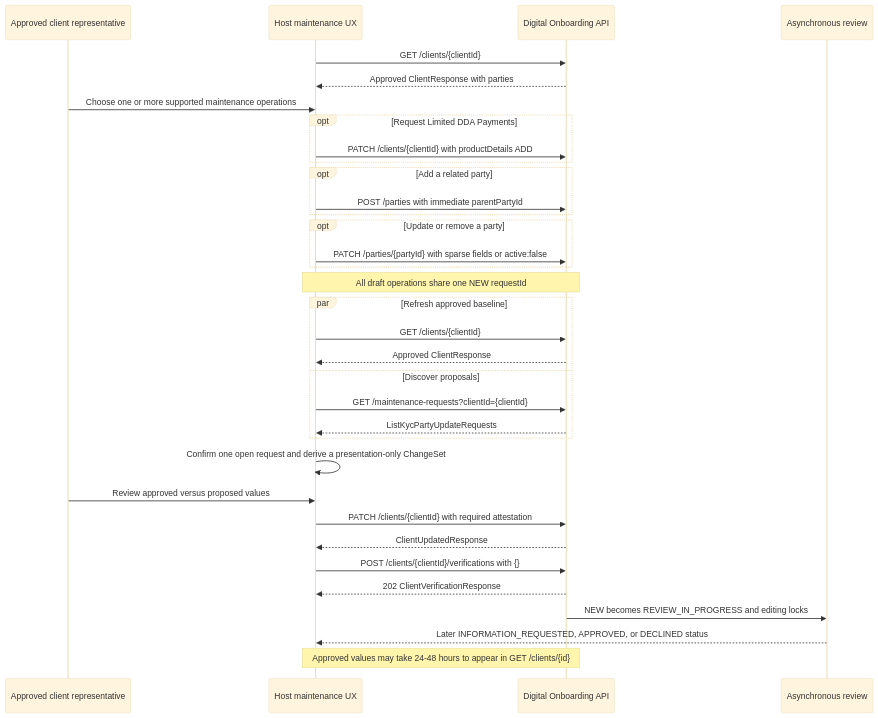
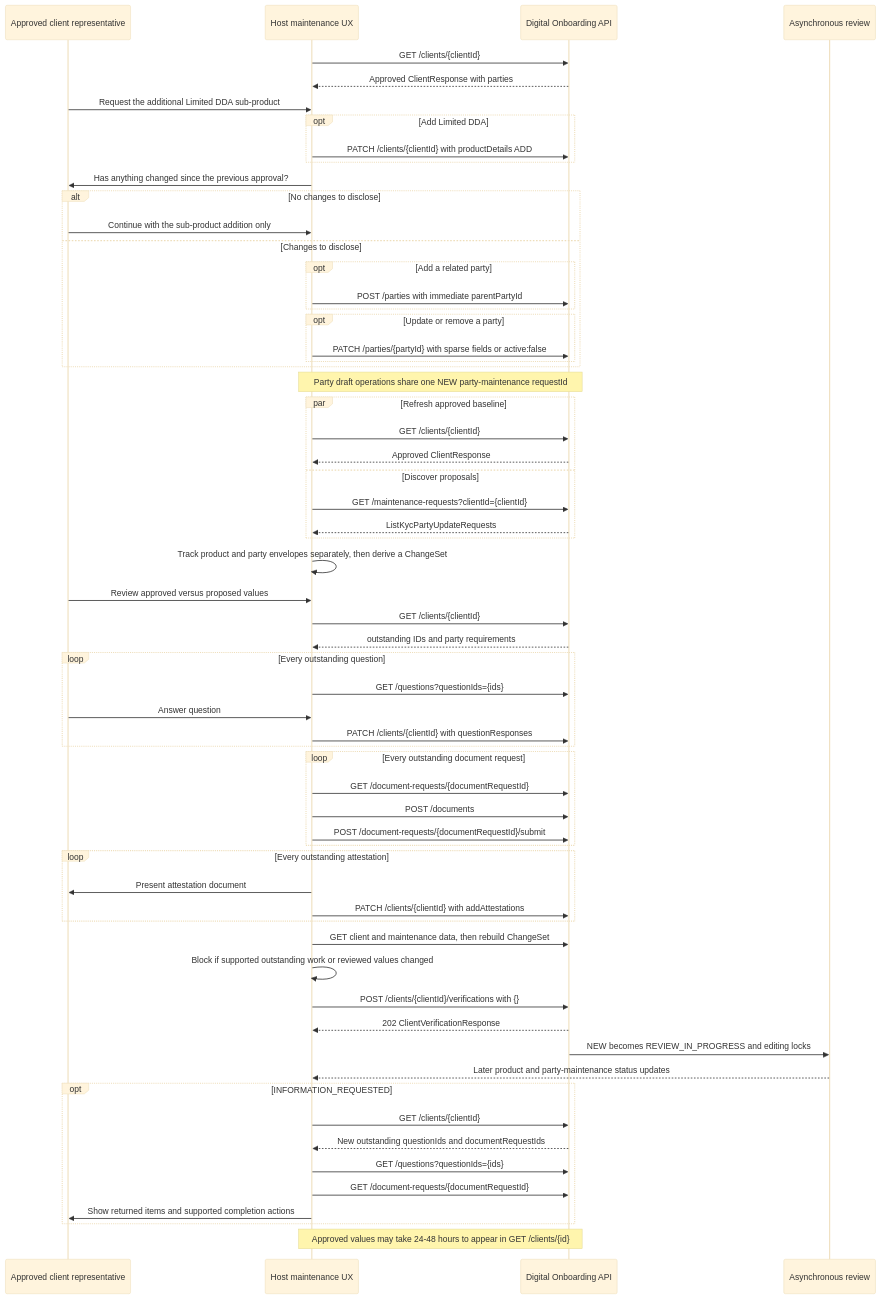
The diagram in embedded-components/docs/APPROVED_CLIENT_MAINTENANCE_RECIPE.md (jpmorgan-payments/embedded-finance), drawn with Mermaid (base theme) before and after one commit. The commit also changed other lines of this file and 19 other files, not shown here.

First line of the commit message:
feat: expand approved client maintenance lifecycle and guidance

````diff
--- a/embedded-components/docs/APPROVED_CLIENT_MAINTENANCE_RECIPE.md
+++ b/embedded-components/docs/APPROVED_CLIENT_MAINTENANCE_RECIPE.md
@@ -87,37 +103,65 @@
 ```mermaid
 sequenceDiagram
     participant U as Approved client representative
     participant UX as Host maintenance UX
     participant API as Digital Onboarding API
     participant JPMC as Asynchronous review
 
     UX->>API: GET /clients/{clientId}
     API-->>UX: Approved ClientResponse with parties
-    U->>UX: Choose one or more supported maintenance operations
-    opt Request Limited DDA Payments
+    U->>UX: Request the additional Limited DDA sub-product
+    opt Add Limited DDA
       UX->>API: PATCH /clients/{clientId} with productDetails ADD
     end
-    opt Add a related party
-      UX->>API: POST /parties with immediate parentPartyId
+    UX->>U: Has anything changed since the previous approval?
+    alt No changes to disclose
+      U->>UX: Continue with the sub-product addition only
+    else Changes to disclose
+      opt Add a related party
+        UX->>API: POST /parties with immediate parentPartyId
+      end
+      opt Update or remove a party
+        UX->>API: PATCH /parties/{partyId} with sparse fields or active:false
+      end
     end
-    opt Update or remove a party
-      UX->>API: PATCH /parties/{partyId} with sparse fields or active:false
-    end
-    Note over UX,API: All draft operations share one NEW requestId
+    Note over UX,API: Party draft operations share one NEW party-maintenance requestId
     par Refresh approved baseline
         UX->>API: GET /clients/{clientId}
         API-->>UX: Approved ClientResponse
     and Discover proposals
         UX->>API: GET /maintenance-requests?clientId={clientId}
         API-->>UX: ListKycPartyUpdateRequests
     end
-    UX->>UX: Confirm one open request and derive a presentation-only ChangeSet
+    UX->>UX: Track product and party envelopes separately, then derive a ChangeSet
     U->>UX: Review approved versus proposed values
-    UX->>API: PATCH /clients/{clientId} with required attestation
-    API-->>UX: ClientUpdatedResponse
+    UX->>API: GET /clients/{clientId}
+    API-->>UX: outstanding IDs and party requirements
+    loop Every outstanding question
+      UX->>API: GET /questions?questionIds={ids}
+      U->>UX: Answer question
+      UX->>API: PATCH /clients/{clientId} with questionResponses
+    end
+    loop Every outstanding document request
+      UX->>API: GET /document-requests/{documentRequestId}
+      UX->>API: POST /documents
+      UX->>API: POST /document-requests/{documentRequestId}/submit
+    end
+    loop Every outstanding attestation
+      UX->>U: Present attestation document
+      UX->>API: PATCH /clients/{clientId} with addAttestations
+    end
+    UX->>API: GET client and maintenance data, then rebuild ChangeSet
+    UX->>UX: Block if supported outstanding work or reviewed values changed
     UX->>API: POST /clients/{clientId}/verifications with {}
     API-->>UX: 202 ClientVerificationResponse
     API->>JPMC: NEW becomes REVIEW_IN_PROGRESS and editing locks
-    JPMC-->>UX: Later INFORMATION_REQUESTED, APPROVED, or DECLINED status
+    JPMC-->>UX: Later product and party-maintenance status updates
+    opt INFORMATION_REQUESTED
+      UX->>API: GET /clients/{clientId}
+      API-->>UX: New outstanding questionIds and documentRequestIds
+      UX->>API: GET /questions?questionIds={ids}
+      UX->>API: GET /document-requests/{documentRequestId}
+      UX->>U: Show returned items and supported completion actions
+    end
     Note over UX,API: Approved values may take 24-48 hours to appear in GET /clients/{id}
 ```
````
